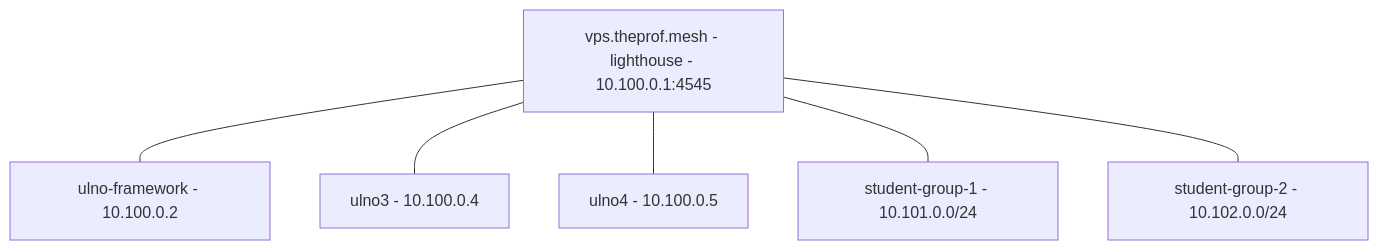
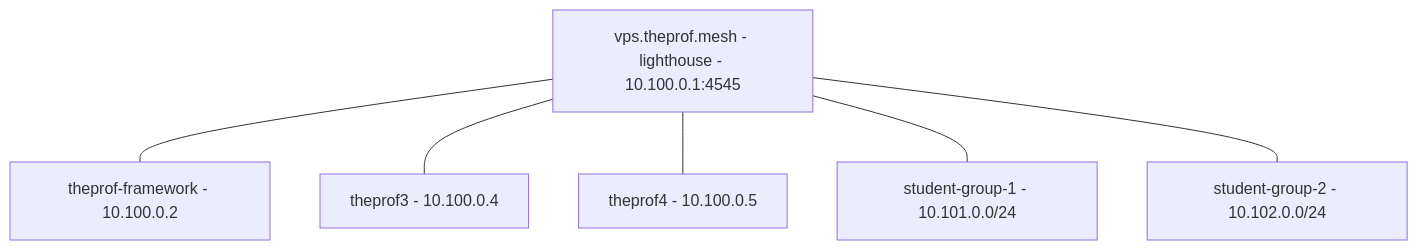
One commit to iotempire/nebula-manager changed the diagram in docs/user-stories.md. Above: the diagram before and after it, drawn with Mermaid. The commit also changed other lines of this file and 2 other files, not shown here.

Commit message:
Update example names and paths to Theprof and avoid hardcoded references

````diff
--- a/docs/user-stories.md
+++ b/docs/user-stories.md
@@ -39,14 +39,14 @@
 ```mermaid
 graph TD
   L["vps.theprof.mesh - lighthouse - 10.100.0.1:4545"]
-  U1["ulno-framework - 10.100.0.2"]
-  U3["ulno3 - 10.100.0.4"]
-  U4["ulno4 - 10.100.0.5"]
+  U1["theprof-framework - 10.100.0.2"]
+  U3["theprof3 - 10.100.0.4"]
+  U4["theprof4 - 10.100.0.5"]
   G1["student-group-1 - 10.101.0.0/24"]
   G2["student-group-2 - 10.102.0.0/24"]
   L --- U1
   L --- U3
   L --- U4
   L --- G1
   L --- G2
 ```
````
